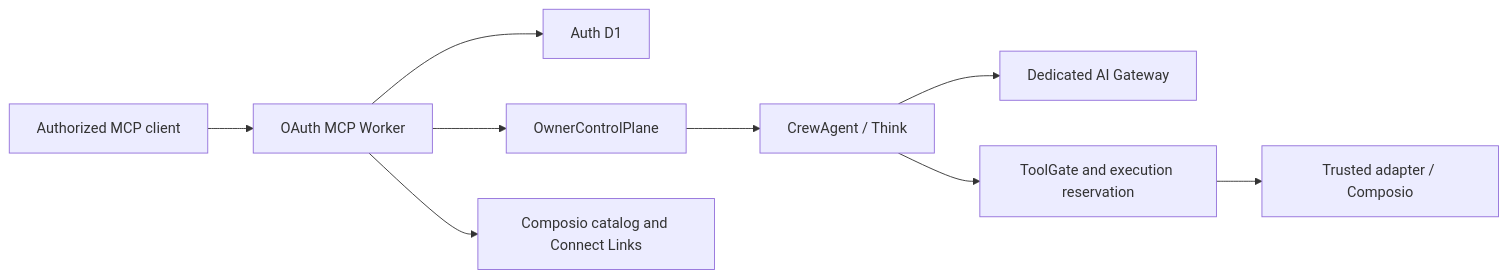
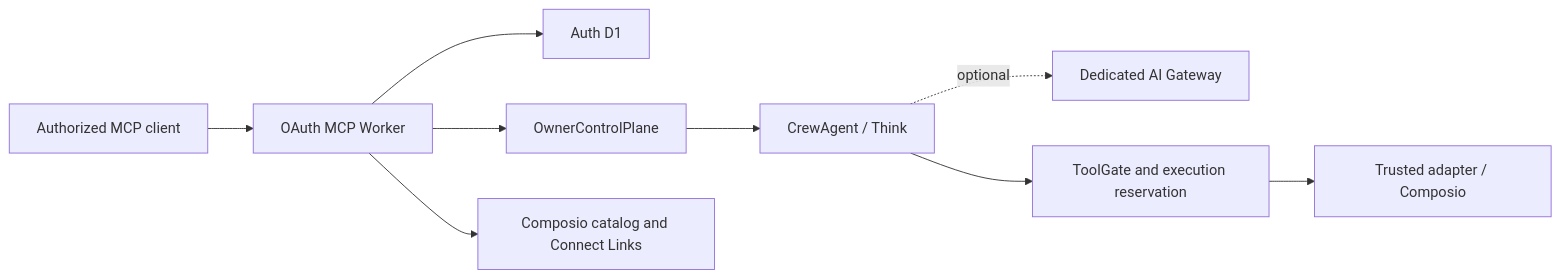
Before and after one commit to fkrein1/crewhelm: the diagram in docs/architecture/system.md, drawn with Mermaid. The commit also changed other lines of this file and 50 other files, not shown here.

````diff
--- a/docs/architecture/system.md
+++ b/docs/architecture/system.md
@@ -11,11 +11,11 @@
 ```mermaid
 flowchart LR
     MCP["Authorized MCP client"] --> Worker["OAuth MCP Worker"]
     Worker --> Auth["Auth D1"]
     Worker --> Owner["OwnerControlPlane"]
     Owner --> Agent["CrewAgent / Think"]
-    Agent --> Gateway["Dedicated AI Gateway"]
+    Agent -. optional .-> Gateway["Dedicated AI Gateway"]
     Worker --> Catalog["Composio catalog and Connect Links"]
     Agent --> Gate["ToolGate and execution reservation"]
     Gate --> Composio["Trusted adapter / Composio"]
 ```
````
